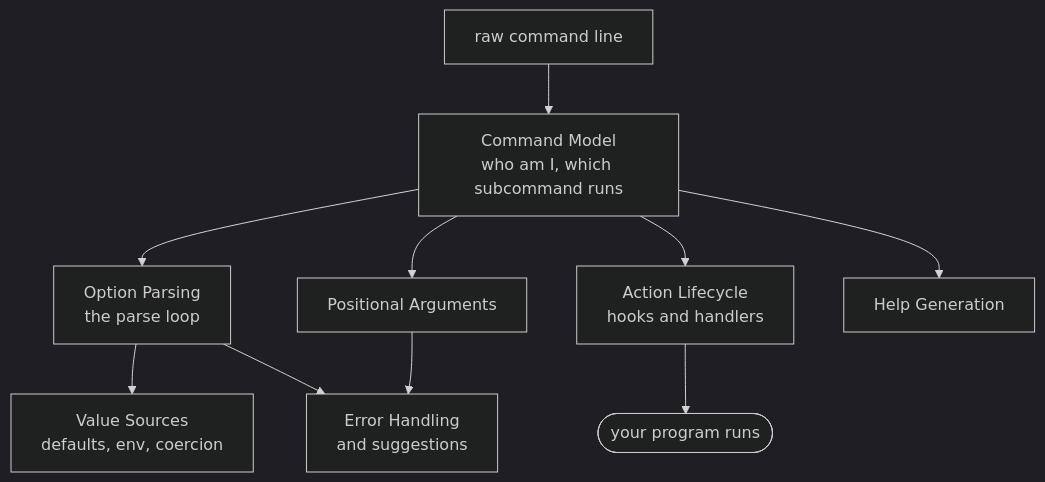
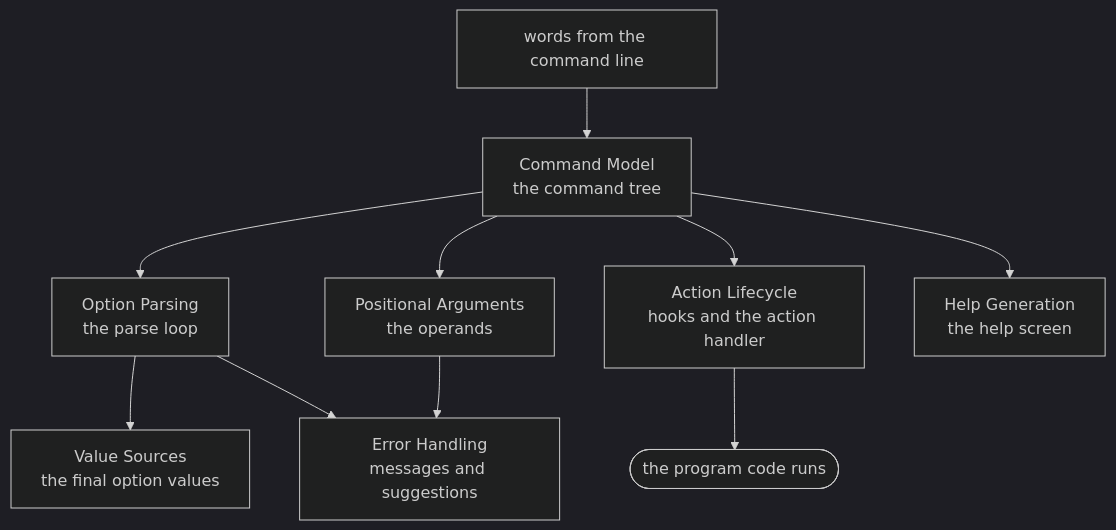
The first of 3 diagrams in docs/examples/commander/.cluedoc/README.md (KeunwooPark/cluedoc), drawn with Mermaid (dark theme) before and after one commit. The commit also changed other lines of this file and 22 other files, not shown here.

````diff
--- a/docs/examples/commander/.cluedoc/README.md
+++ b/docs/examples/commander/.cluedoc/README.md
@@ -13,12 +13,12 @@
 ```mermaid
 flowchart TD
-    RAW["raw command line"] --> CM["Command Model<br/>who am I, which subcommand runs"]
+    RAW["words from the command line"] --> CM["Command Model<br/>the command tree"]
     CM --> OP["Option Parsing<br/>the parse loop"]
-    OP --> VR["Value Sources<br/>defaults, env, coercion"]
-    CM --> ARGS["Positional Arguments"]
-    OP --> ERR["Error Handling<br/>and suggestions"]
+    OP --> VR["Value Sources<br/>the final option values"]
+    CM --> ARGS["Positional Arguments<br/>the operands"]
+    OP --> ERR["Error Handling<br/>messages and suggestions"]
     ARGS --> ERR
-    CM --> LIFE["Action Lifecycle<br/>hooks and handlers"]
-    CM --> HELP["Help Generation"]
-    LIFE --> DONE(["your program runs"])
+    CM --> LIFE["Action Lifecycle<br/>hooks and the action handler"]
+    CM --> HELP["Help Generation<br/>the help screen"]
+    LIFE --> DONE(["the program code runs"])
 ```
````
